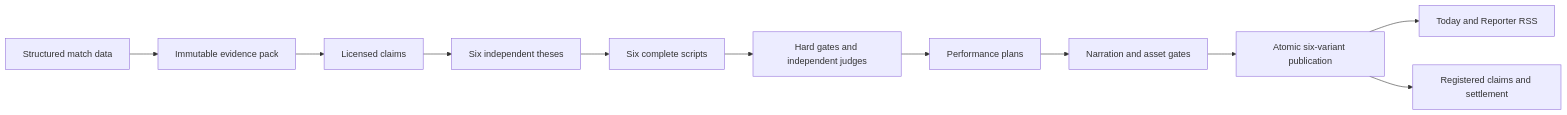
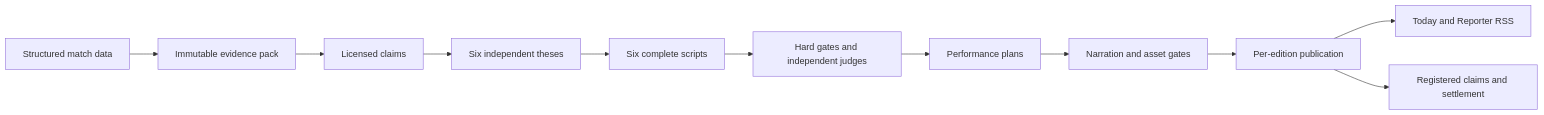
Before and after one commit to krishanraja/full-time: the second of 2 diagrams in docs/18-world-class-pundit-system.md, drawn with Mermaid. The commit also changed other lines of this file and 18 other files, not shown here.

````diff
--- a/docs/18-world-class-pundit-system.md
+++ b/docs/18-world-class-pundit-system.md
@@ -84,13 +84,13 @@
 ```mermaid
 flowchart LR
     I["Structured match data"] --> E["Immutable evidence pack"]
     E --> C["Licensed claims"]
     C --> T["Six independent theses"]
     T --> S["Six complete scripts"]
     S --> H["Hard gates and independent judges"]
     H --> P["Performance plans"]
     P --> A["Narration and asset gates"]
-    A --> X["Atomic six-variant publication"]
+    A --> X["Per-edition publication"]
     X --> W["Today and Reporter RSS"]
     X --> R["Registered claims and settlement"]
 ```
````
